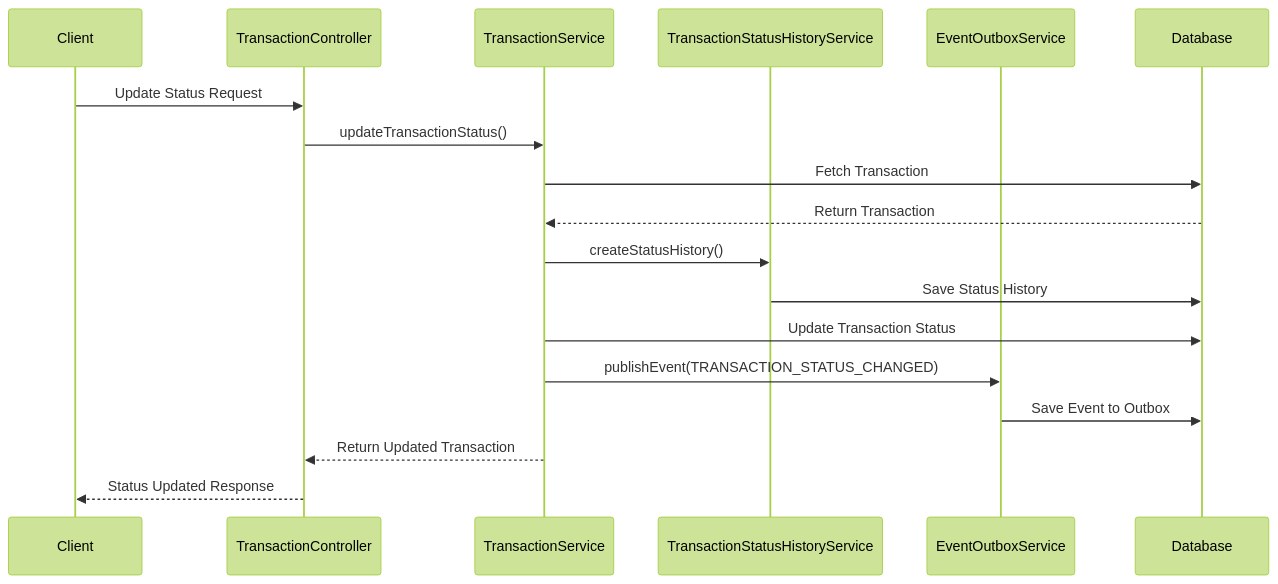
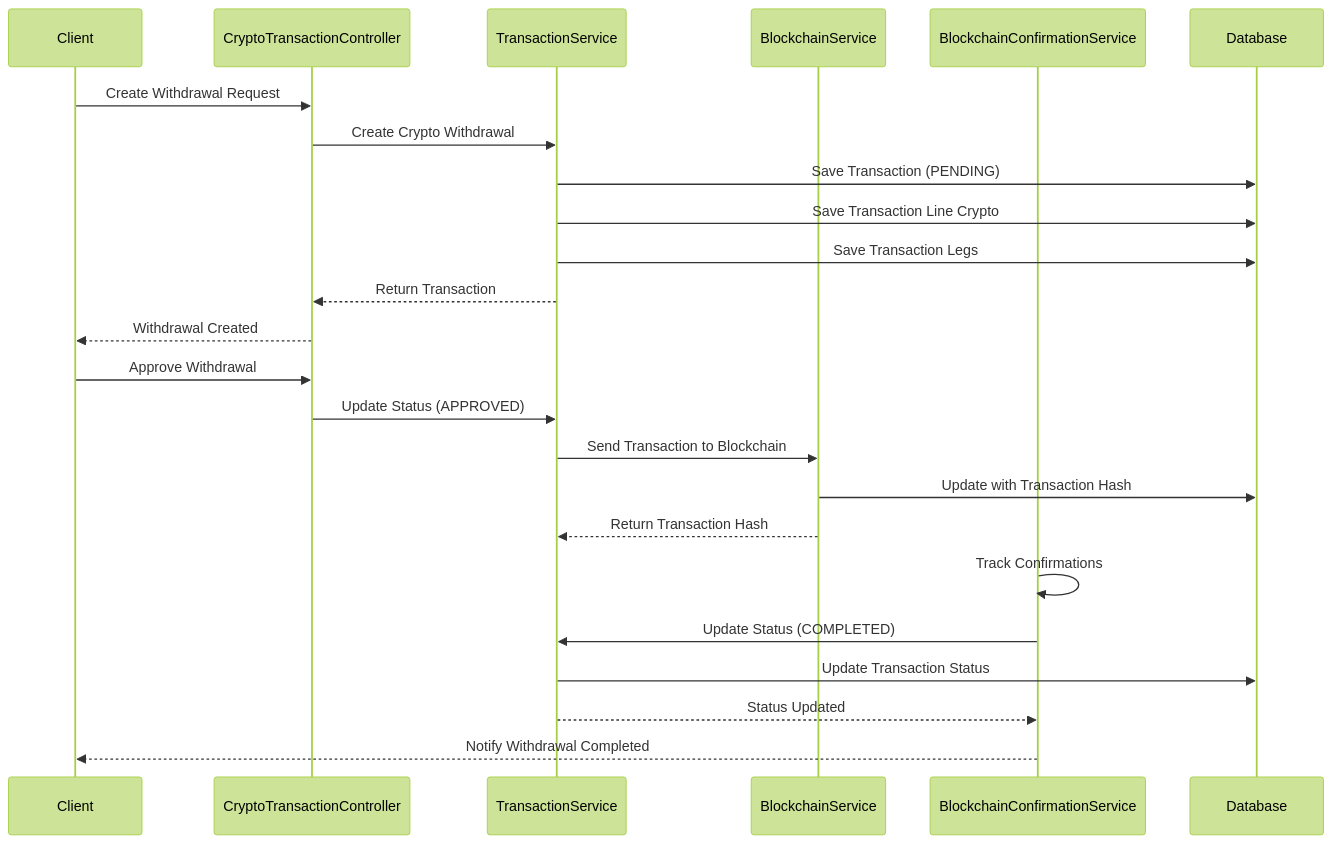
Before and after one commit to firefly-oss/core-banking-ledger: the third of 3 diagrams in README.md, drawn with Mermaid (forest theme). The commit also changed other lines of this file and 5 other files, not shown here.

````diff
--- a/README.md
+++ b/README.md
@@ -1106,21 +930,29 @@
 ```mermaid
 sequenceDiagram
     participant Client
-    participant TransactionController
+    participant CryptoTransactionController
     participant TransactionService
-    participant TransactionStatusHistoryService
-    participant EventOutboxService
+    participant BlockchainService
+    participant BlockchainConfirmationService
     participant Database
-
-    Client->>TransactionController: Update Status Request
-    TransactionController->>TransactionService: updateTransactionStatus()
-    TransactionService->>Database: Fetch Transaction
-    Database-->>TransactionService: Return Transaction
-    TransactionService->>TransactionStatusHistoryService: createStatusHistory()
-    TransactionStatusHistoryService->>Database: Save Status History
+    
+    Client->>CryptoTransactionController: Create Withdrawal Request
+    CryptoTransactionController->>TransactionService: Create Crypto Withdrawal
+    TransactionService->>Database: Save Transaction (PENDING)
+    TransactionService->>Database: Save Transaction Line Crypto
+    TransactionService->>Database: Save Transaction Legs
+    TransactionService-->>CryptoTransactionController: Return Transaction
+    CryptoTransactionController-->>Client: Withdrawal Created
+    
+    Client->>CryptoTransactionController: Approve Withdrawal
+    CryptoTransactionController->>TransactionService: Update Status (APPROVED)
+    TransactionService->>BlockchainService: Send Transaction to Blockchain
+    BlockchainService->>Database: Update with Transaction Hash
+    BlockchainService-->>TransactionService: Return Transaction Hash
+    
+    BlockchainConfirmationService->>BlockchainConfirmationService: Track Confirmations
+    BlockchainConfirmationService->>TransactionService: Update Status (COMPLETED)
     TransactionService->>Database: Update Transaction Status
-    TransactionService->>EventOutboxService: publishEvent(TRANSACTION_STATUS_CHANGED)
-    EventOutboxService->>Database: Save Event to Outbox
-    TransactionService-->>TransactionController: Return Updated Transaction
-    TransactionController-->>Client: Status Updated Response
+    TransactionService-->>BlockchainConfirmationService: Status Updated
+    BlockchainConfirmationService-->>Client: Notify Withdrawal Completed
 ```
````
